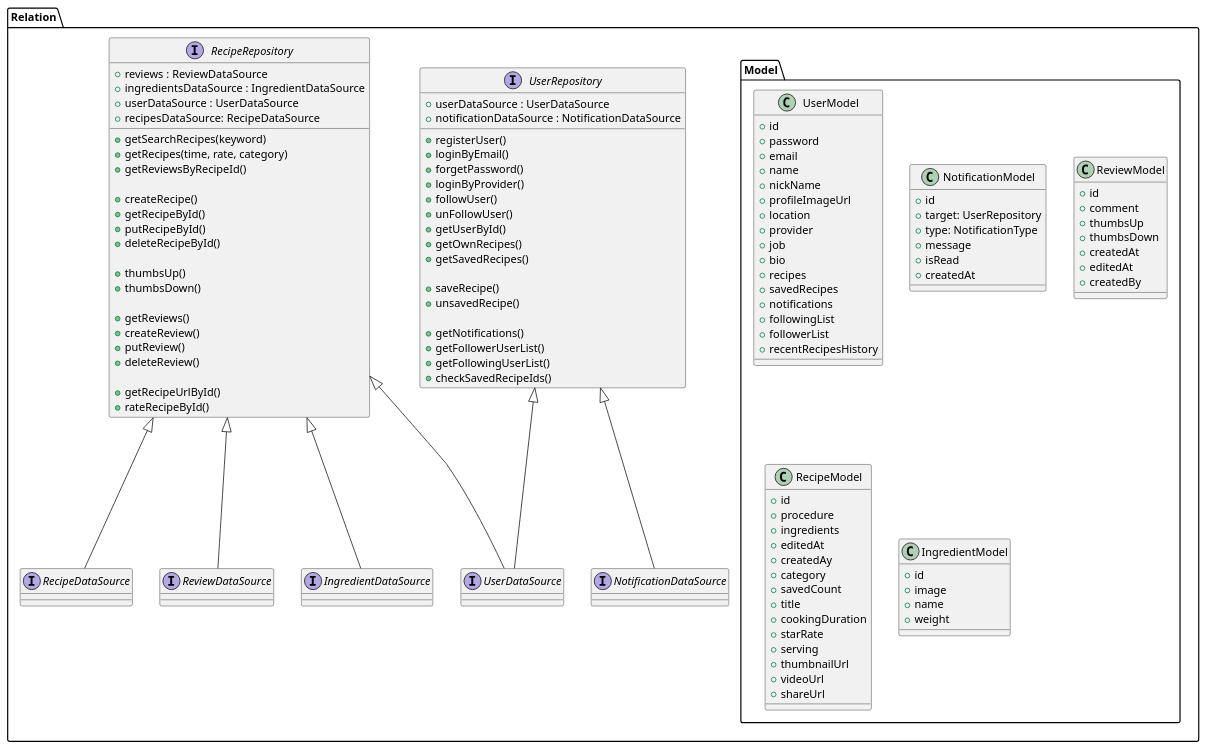
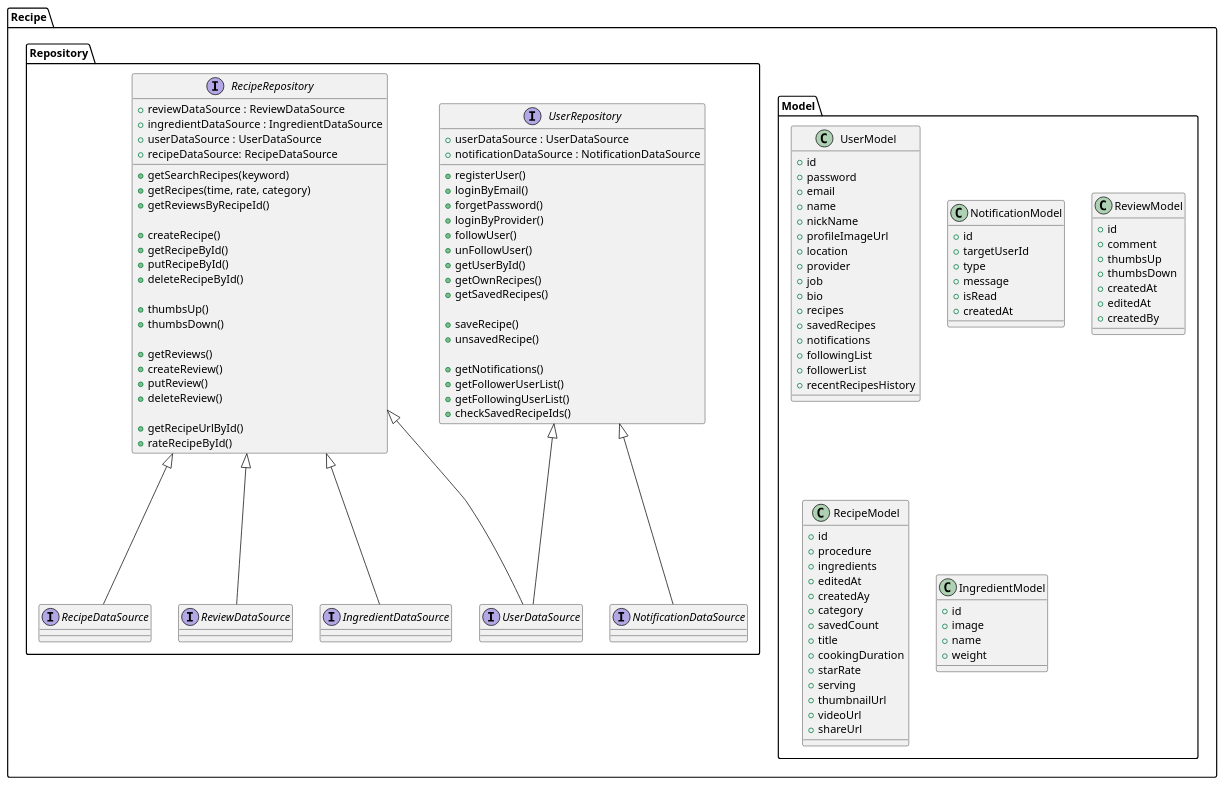
One commit to SurvivalCodingCampus/winter_kotlin_lecture changed the diagram in src/main/kotlin/day19/recipe.puml. Above: the diagram before and after it, drawn with PlantUML.

```diff
--- a/src/main/kotlin/day19/recipe.puml
+++ b/src/main/kotlin/day19/recipe.puml
@@ -1,148 +1,148 @@
 @startuml
 
-package "Relation"{
+package "Recipe"{
 top to bottom direction
     package "Model" {
         class UserModel {
             +id
             +password
             +email
             +name
             +nickName
             +profileImageUrl
             +location
             +provider
             +job
             +bio
             +recipes
             +savedRecipes
             +notifications
             +followingList
             +followerList
             +recentRecipesHistory
         }
 
         class NotificationModel {
             +id
-            +target: UserRepository
-            +type: NotificationType
+            +targetUserId
+            +type
             +message
             +isRead
             +createdAt
         }
         class ReviewModel {
             +id
             +comment
             +thumbsUp
             +thumbsDown
             +createdAt
             +editedAt
             +createdBy
         }
 
         class RecipeModel {
             +id
             +procedure
             +ingredients
             +editedAt
             +createdAy
             +category
             +savedCount
             +title
             +cookingDuration
             +starRate
             +serving
             +thumbnailUrl
             +videoUrl
             +shareUrl
         }
 
         class IngredientModel {
             +id
             +image
             +name
             +weight
         }
     }
 
 
-    interface UserRepository {
-        +userDataSource : UserDataSource
-        +notificationDataSource : NotificationDataSource
-        +registerUser()
-        +loginByEmail()
-        +forgetPassword()
-        +loginByProvider()
-        +followUser()
-        +unFollowUser()
-        +getUserById()
-        +getOwnRecipes()
-        +getSavedRecipes()
+    package "Repository"{
 
-        +saveRecipe()
-        +unsavedRecipe()
+        interface UserRepository {
+            +userDataSource : UserDataSource
+            +notificationDataSource : NotificationDataSource
+            +registerUser()
+            +loginByEmail()
+            +forgetPassword()
+            +loginByProvider()
+            +followUser()
+            +unFollowUser()
+            +getUserById()
+            +getOwnRecipes()
+            +getSavedRecipes()
 
-        +getNotifications()
-        +getFollowerUserList()
-        +getFollowingUserList()
-        +checkSavedRecipeIds()
-    }
+            +saveRecipe()
+            +unsavedRecipe()
+
+            +getNotifications()
+            +getFollowerUserList()
+            +getFollowingUserList()
+            +checkSavedRecipeIds()
+        }
 
 
 
 
 
 
 
 
 
-    interface RecipeRepository {
-        +reviews : ReviewDataSource
-        +ingredientsDataSource : IngredientDataSource
-        +userDataSource : UserDataSource
-        +recipesDataSource: RecipeDataSource
+        interface RecipeRepository {
+            +reviewDataSource : ReviewDataSource
+            +ingredientDataSource : IngredientDataSource
+            +userDataSource : UserDataSource
+            +recipeDataSource: RecipeDataSource
 
-        +getSearchRecipes(keyword)
-        +getRecipes(time, rate, category)
-        +getReviewsByRecipeId()
+            +getSearchRecipes(keyword)
+            +getRecipes(time, rate, category)
+            +getReviewsByRecipeId()
 
-        +createRecipe()
-        +getRecipeById()
-        +putRecipeById()
-        +deleteRecipeById()
+            +createRecipe()
+            +getRecipeById()
+            +putRecipeById()
+            +deleteRecipeById()
 
-        +thumbsUp()
-        +thumbsDown()
+            +thumbsUp()
+            +thumbsDown()
 
-        +getReviews()
-        +createReview()
-        +putReview()
-        +deleteReview()
+            +getReviews()
+            +createReview()
+            +putReview()
+            +deleteReview()
 
-        +getRecipeUrlById()
-        +rateRecipeById()
+            +getRecipeUrlById()
+            +rateRecipeById()
+        }
+
+        interface RecipeDataSource implements RecipeRepository {
+        }
+
+        interface ReviewDataSource implements RecipeRepository {
+        }
+
+        interface IngredientDataSource implements RecipeRepository {
+        }
+
+        interface NotificationDataSource implements UserRepository{
+        }
+
+        interface UserDataSource implements UserRepository {
+        }
+
+        interface UserDataSource implements RecipeRepository {
+        }
     }
-
-    interface RecipeDataSource implements RecipeRepository {
-    }
-
-    interface ReviewDataSource implements RecipeRepository {
-    }
-
-    interface IngredientDataSource implements RecipeRepository {
-    }
-
-    interface NotificationDataSource implements UserRepository{
-    }
-
-    interface UserDataSource implements UserRepository {
-    }
-
-    interface UserDataSource implements RecipeRepository {
-    }
-
-
-
 }
 
 @enduml
```
